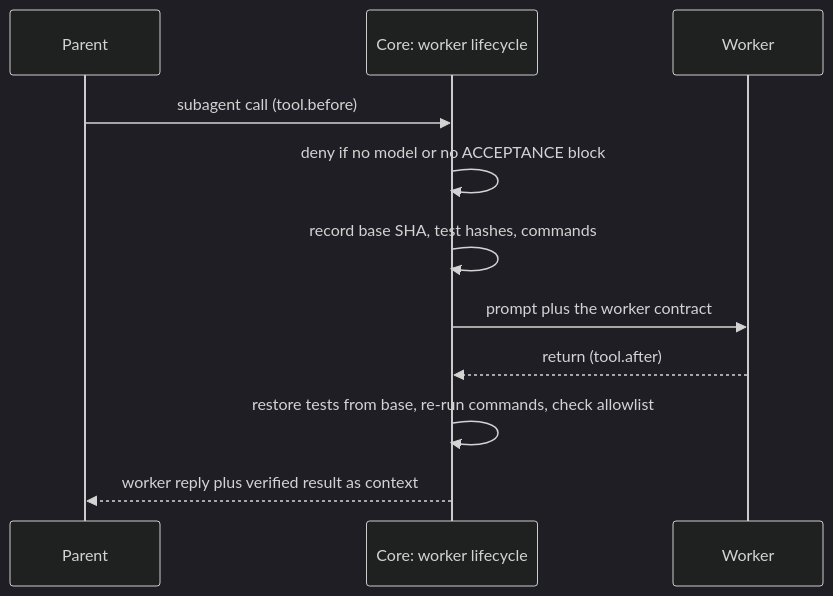
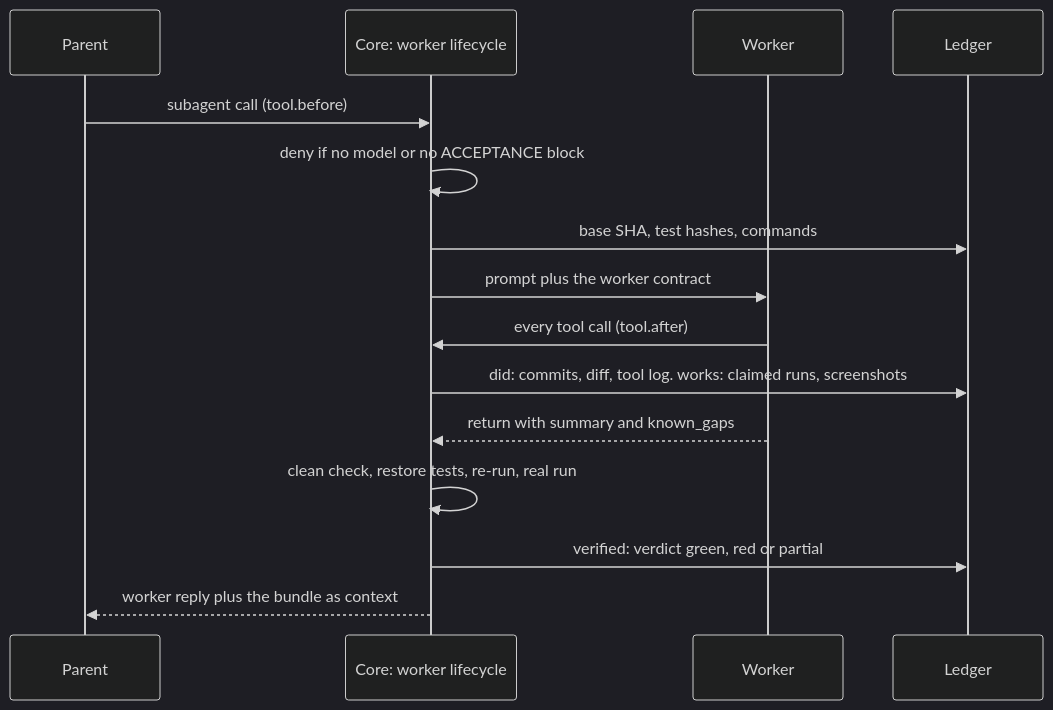
One commit to acastro2/alex-skills changed the third of 5 diagrams in docs/specs/harness-evolution.md. Above: the diagram before and after it, drawn with Mermaid (dark theme). The commit also changed other lines of this file, not shown here.

````diff
--- a/docs/specs/harness-evolution.md
+++ b/docs/specs/harness-evolution.md
@@ -267,13 +282,17 @@
 ```mermaid
 sequenceDiagram
   participant P as Parent
   participant C as Core: worker lifecycle
   participant W as Worker
+  participant L as Ledger
   P->>C: subagent call (tool.before)
   C->>C: deny if no model or no ACCEPTANCE block
-  C->>C: record base SHA, test hashes, commands
+  C->>L: base SHA, test hashes, commands
   C->>W: prompt plus the worker contract
-  W-->>C: return (tool.after)
-  C->>C: restore tests from base, re-run commands, check allowlist
-  C-->>P: worker reply plus verified result as context
+  W->>C: every tool call (tool.after)
+  C->>L: did: commits, diff, tool log. works: claimed runs, screenshots
+  W-->>C: return with summary and known_gaps
+  C->>C: clean check, restore tests, re-run, real run
+  C->>L: verified: verdict green, red or partial
+  C-->>P: worker reply plus the bundle as context
 ```
````
